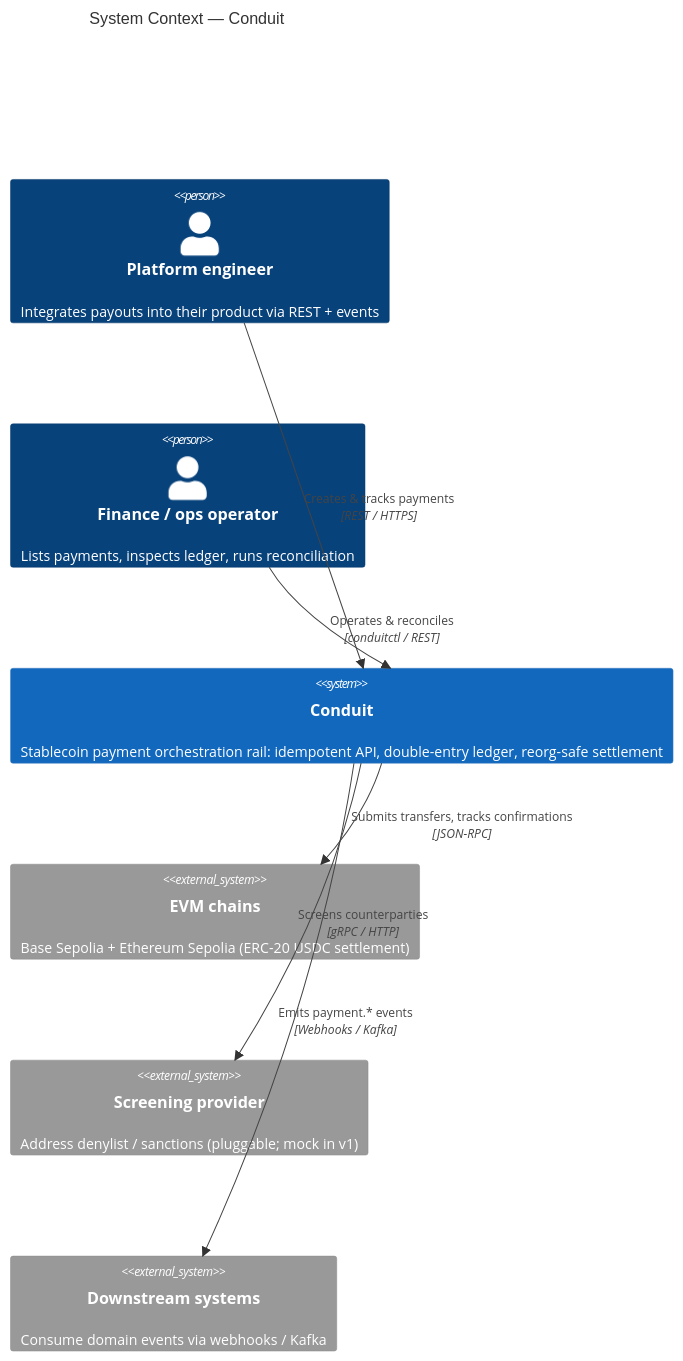
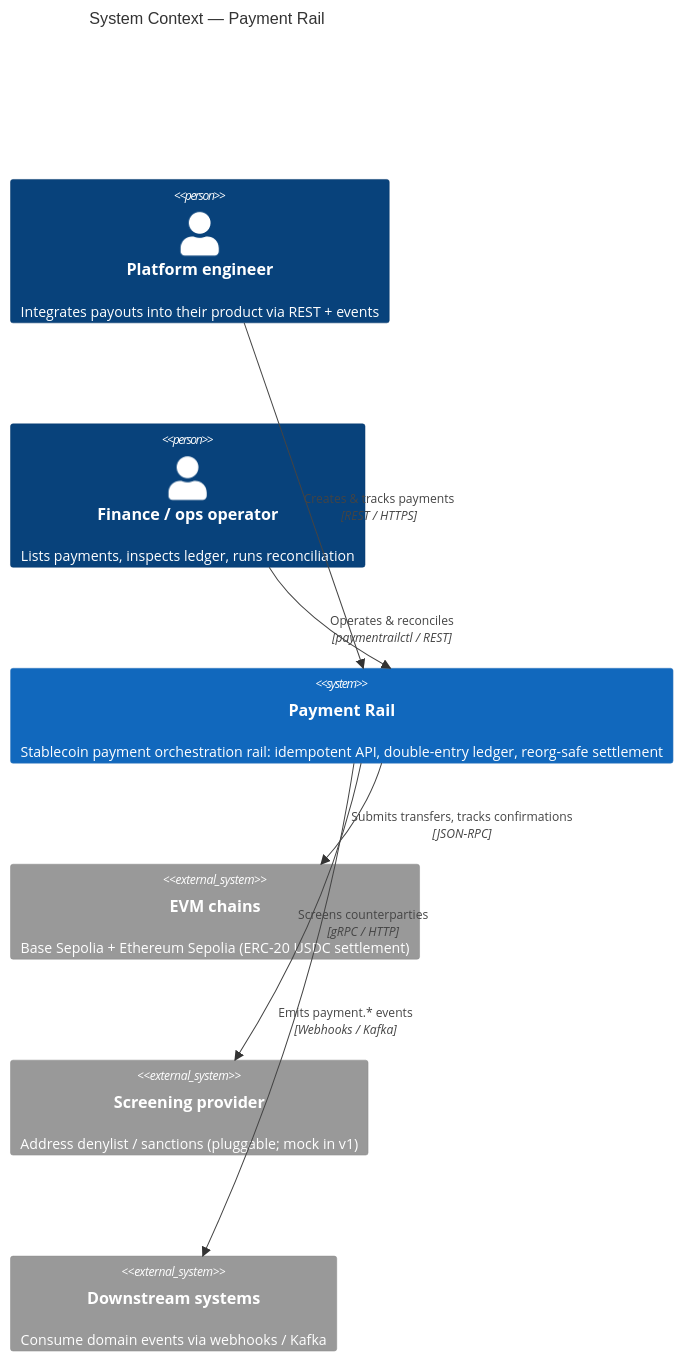
The diagram in docs/architecture/C4-context.md (dz3ka/payment-rail), drawn with Mermaid before and after one commit. The commit also changed other lines of this file and 30 other files, not shown here.

First line of the commit message:
Rename product Conduit → Payment Rail (env, DB, proto pkg, binary, docs)

````diff
--- a/docs/architecture/C4-context.md
+++ b/docs/architecture/C4-context.md
@@ -6,19 +6,19 @@
 ```mermaid
 C4Context
-    title System Context — Conduit
+    title System Context — Payment Rail
 
     Person(platformEng, "Platform engineer", "Integrates payouts into their product via REST + events")
     Person(opsUser, "Finance / ops operator", "Lists payments, inspects ledger, runs reconciliation")
 
-    System(conduit, "Conduit", "Stablecoin payment orchestration rail: idempotent API, double-entry ledger, reorg-safe settlement")
+    System(paymentrail, "Payment Rail", "Stablecoin payment orchestration rail: idempotent API, double-entry ledger, reorg-safe settlement")
 
     System_Ext(evm, "EVM chains", "Base Sepolia + Ethereum Sepolia (ERC-20 USDC settlement)")
     System_Ext(screening, "Screening provider", "Address denylist / sanctions (pluggable; mock in v1)")
     System_Ext(downstream, "Downstream systems", "Consume domain events via webhooks / Kafka")
 
-    Rel(platformEng, conduit, "Creates & tracks payments", "REST / HTTPS")
-    Rel(opsUser, conduit, "Operates & reconciles", "conduitctl / REST")
-    Rel(conduit, evm, "Submits transfers, tracks confirmations", "JSON-RPC")
-    Rel(conduit, screening, "Screens counterparties", "gRPC / HTTP")
-    Rel(conduit, downstream, "Emits payment.* events", "Webhooks / Kafka")
+    Rel(platformEng, paymentrail, "Creates & tracks payments", "REST / HTTPS")
+    Rel(opsUser, paymentrail, "Operates & reconciles", "paymentrailctl / REST")
+    Rel(paymentrail, evm, "Submits transfers, tracks confirmations", "JSON-RPC")
+    Rel(paymentrail, screening, "Screens counterparties", "gRPC / HTTP")
+    Rel(paymentrail, downstream, "Emits payment.* events", "Webhooks / Kafka")
 ```
````
